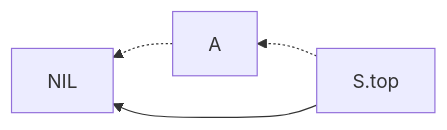
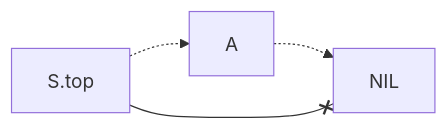
The third of 15 diagrams in Computer science/Data structures/Stack.md (Eurydia/notes-singularity), drawn with Mermaid before and after one commit. The commit also changed other lines of this file and 4 other files, not shown here.

````diff
--- a/Computer science/Data structures/Stack.md
+++ b/Computer science/Data structures/Stack.md
@@ -22,5 +26,5 @@
 	```mermaid
-	flowchart RL
+	flowchart LR
 	S.top-.->A-.->NIL
-	S.top-->NIL
+	S.top--xNIL
 	```
````
